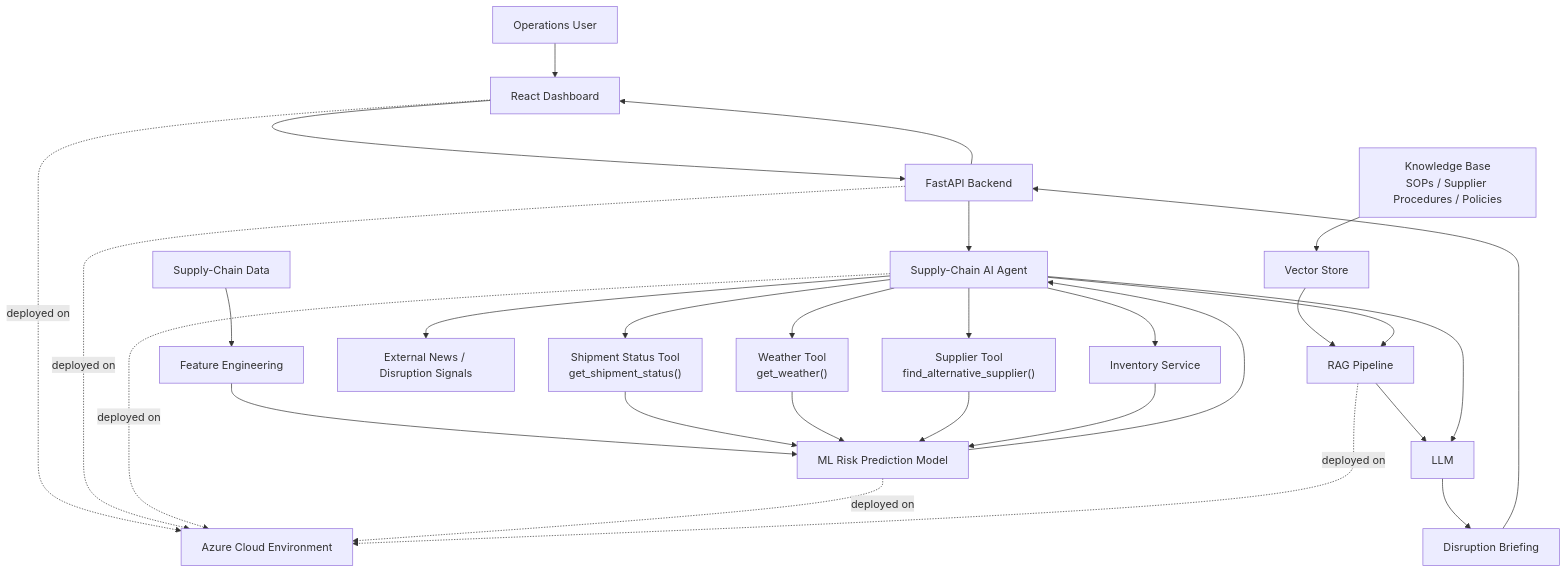
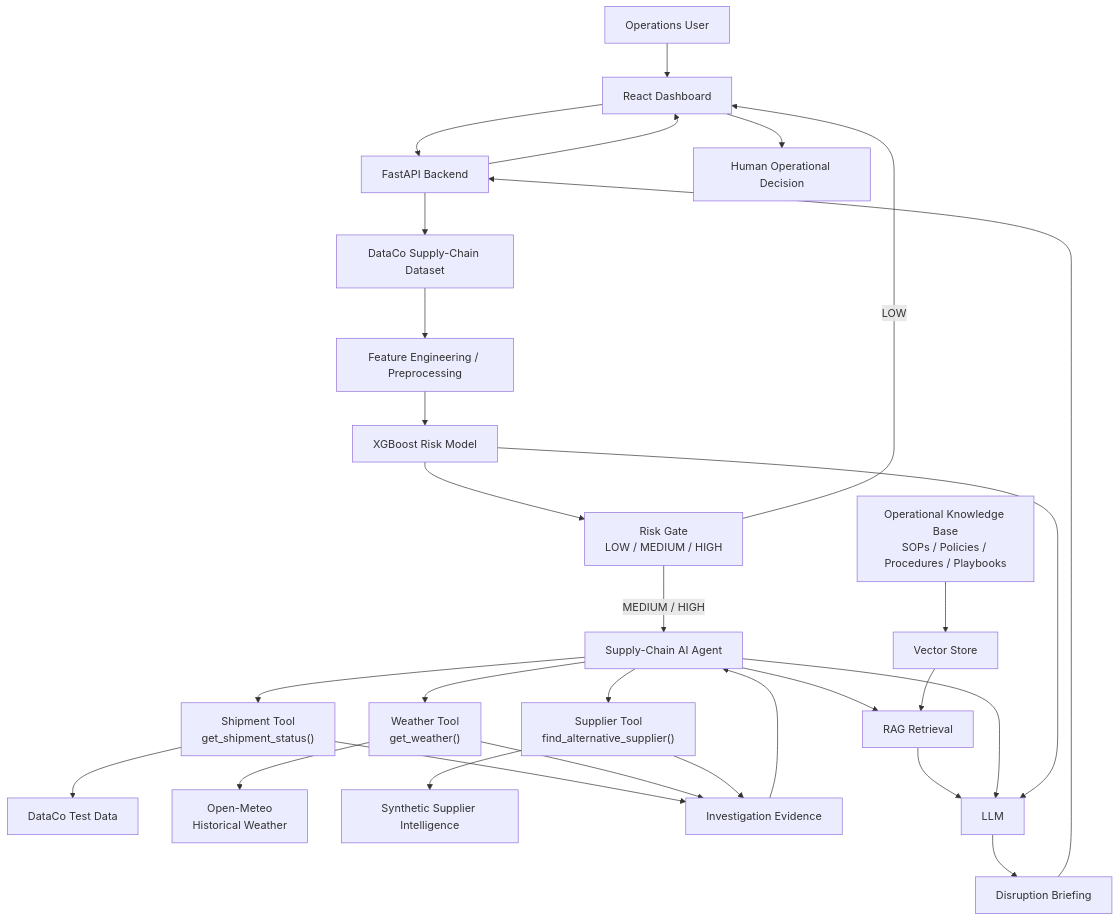
Before and after one commit to Fredcy1122/Supply-Chain-Disruption-Agent: the diagram in README.md, drawn with Mermaid. The commit also changed other lines of this file, not shown here.

Commit message:
Correct system architecture and risk-gated workflow

````diff
--- a/README.md
+++ b/README.md
@@ -267,76 +275,70 @@
-```mermaid
+~~~mermaid
 flowchart TB
 
     USER["Operations User"]
+    UI["React Dashboard"]
+    API["FastAPI Backend"]
 
-    UI["React Dashboard"]
-
-    API["FastAPI Backend"]
+    DATA["DataCo Supply-Chain Dataset"]
+    FEATURES["Feature Engineering / Preprocessing"]
+    ML["XGBoost Risk Model"]
+    RISK["Risk Gate<br/>LOW / MEDIUM / HIGH"]
 
     AGENT["Supply-Chain AI Agent"]
 
-    SHIPMENT["Shipment Status Tool<br/>get_shipment_status()"]
-
+    SHIPMENT["Shipment Tool<br/>get_shipment_status()"]
     WEATHER["Weather Tool<br/>get_weather()"]
-
     SUPPLIER["Supplier Tool<br/>find_alternative_supplier()"]
 
-    INVENTORY["Inventory Service"]
+    SHIPDATA["DataCo Test Data"]
+    WEATHERDATA["Open-Meteo<br/>Historical Weather"]
+    SUPPLIERDATA["Synthetic Supplier Intelligence"]
 
-    NEWS["External News / Disruption Signals"]
+    EVIDENCE["Investigation Evidence"]
 
-    ML["ML Risk Prediction Model"]
-
-    FEATURES["Feature Engineering"]
-
-    RAG["RAG Pipeline"]
-
-    KB["Knowledge Base<br/>SOPs / Supplier Procedures / Policies"]
-
+    KB["Operational Knowledge Base<br/>SOPs / Policies / Procedures / Playbooks"]
     VECTOR["Vector Store"]
+    RAG["RAG Retrieval"]
 
     LLM["LLM"]
-
     BRIEF["Disruption Briefing"]
-
-    DATA["Supply-Chain Data"]
-
-    AZURE["Azure Cloud Environment"]
+    HUMAN["Human Operational Decision"]
 
     USER --> UI
     UI --> API
-    API --> AGENT
+
+    API --> DATA
+    DATA --> FEATURES
+    FEATURES --> ML
+    ML --> RISK
+
+    RISK -->|LOW| UI
+    RISK -->|MEDIUM / HIGH| AGENT
 
     AGENT --> SHIPMENT
     AGENT --> WEATHER
     AGENT --> SUPPLIER
-    AGENT --> INVENTORY
-    AGENT --> NEWS
 
-    DATA --> FEATURES
-    FEATURES --> ML
+    SHIPMENT --> SHIPDATA
+    WEATHER --> WEATHERDATA
+    SUPPLIER --> SUPPLIERDATA
 
-    SHIPMENT --> ML
-    WEATHER --> ML
-    SUPPLIER --> ML
-    INVENTORY --> ML
+    SHIPMENT --> EVIDENCE
+    WEATHER --> EVIDENCE
+    SUPPLIER --> EVIDENCE
 
-    ML --> AGENT
+    EVIDENCE --> AGENT
+    AGENT --> RAG
 
     KB --> VECTOR
     VECTOR --> RAG
-    AGENT --> RAG
 
     RAG --> LLM
     AGENT --> LLM
+    ML --> LLM
 
     LLM --> BRIEF
     BRIEF --> API
     API --> UI
-
-    UI -. deployed on .-> AZURE
-    API -. deployed on .-> AZURE
-    AGENT -. deployed on .-> AZURE
-    ML -. deployed on .-> AZURE
-    RAG -. deployed on .-> AZURE
-```
+    UI --> HUMAN
+~~~
````
